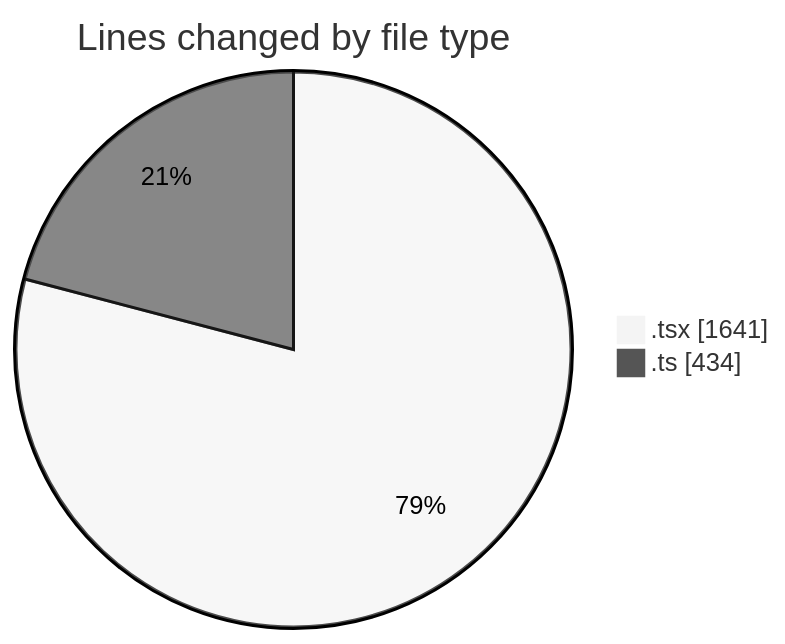
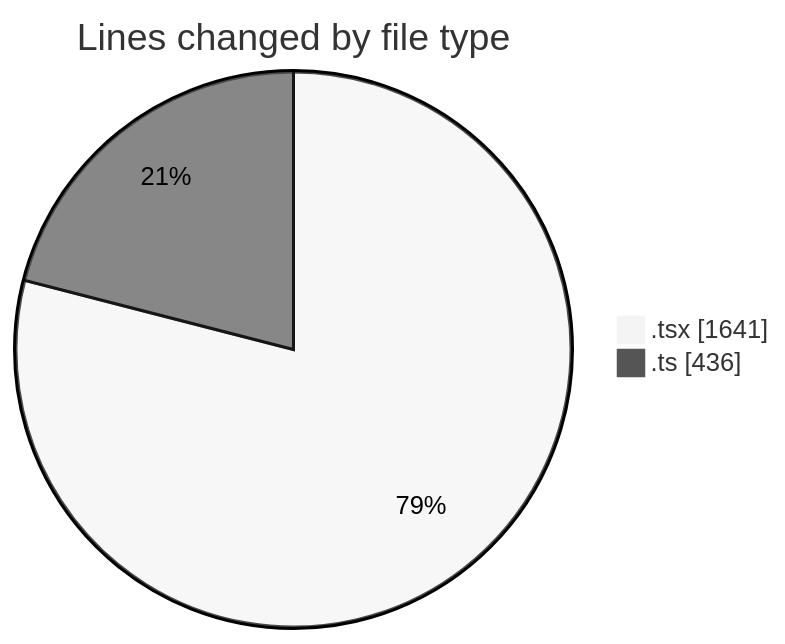
The first of 2 diagrams in 2025-09-24/cda/README.md (momahboobian/code-tracking), drawn with Mermaid (neutral theme) before and after one commit. The commit also changed other lines of this file and 1 other file, not shown here.

````diff
--- a/2025-09-24/cda/README.md
+++ b/2025-09-24/cda/README.md
@@ -28,6 +28,6 @@
 ```mermaid
 pie showData
 title Lines changed by file type
 ".tsx" : 1641
-".ts" : 434
+".ts" : 436
 ```
````
